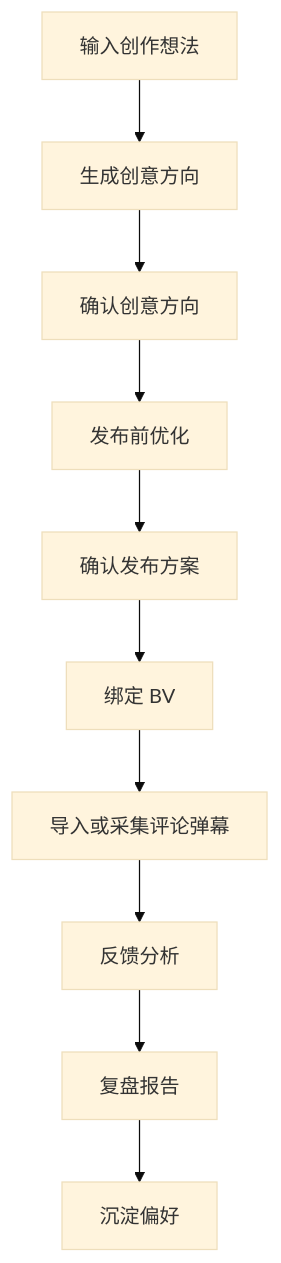
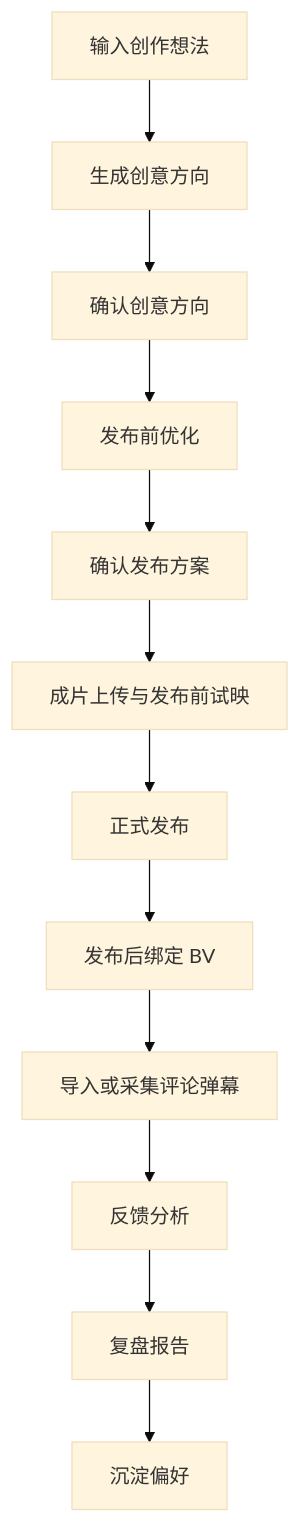
One commit to lin-0407/linkAgent changed the second of 2 diagrams in README.md. Above: the diagram before and after it, drawn with Mermaid (base theme). The commit also changed other lines of this file and 49 other files, not shown here.

````diff
--- a/README.md
+++ b/README.md
@@ -231,12 +231,14 @@
 ```mermaid
 flowchart TD
     Idea[输入创作想法] --> Creative[生成创意方向]
     Creative --> Select[确认创意方向]
     Select --> PrePublish[发布前优化]
     PrePublish --> Confirm[确认发布方案]
-    Confirm --> BindBv[绑定 BV]
+    Confirm --> Preflight[成片上传与发布前试映]
+    Preflight --> Publish[正式发布]
+    Publish --> BindBv[发布后绑定 BV]
     BindBv --> Feedback[导入或采集评论弹幕]
     Feedback --> Analysis[反馈分析]
     Analysis --> Report[复盘报告]
     Report --> Preference[沉淀偏好]
 ```
````
